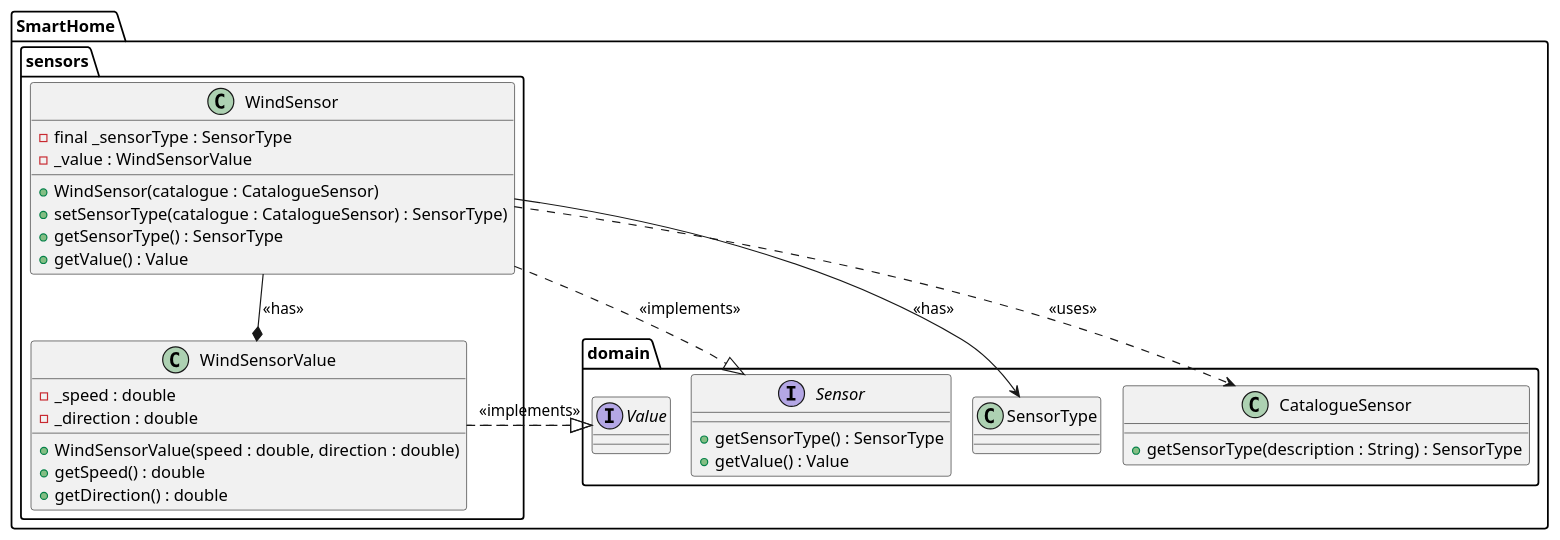
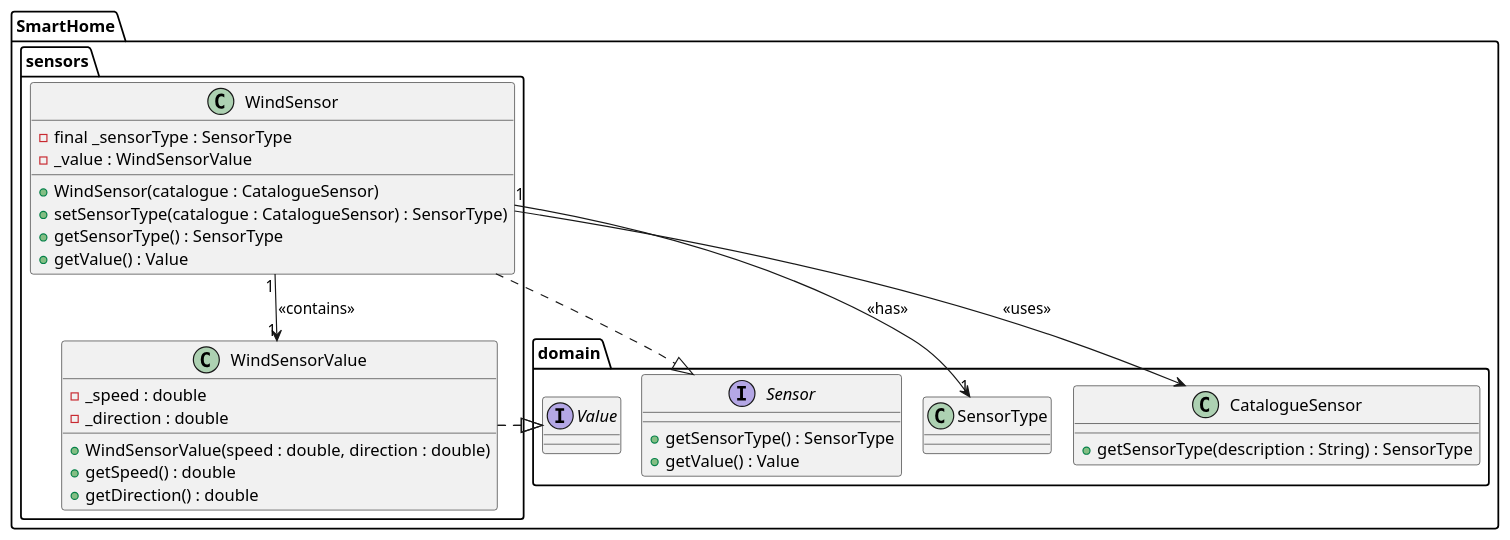
The diagram in docs/userStories/us019/01.requirements-engineering/diagrams/classDiagram.puml (olivDiogo/SmartHome), drawn with PlantUML before and after one commit. The commit also changed 4 other files, not shown here.

Commit message:
fix to US19 class diagram

```diff
--- a/docs/userStories/us019/01.requirements-engineering/diagrams/classDiagram.puml
+++ b/docs/userStories/us019/01.requirements-engineering/diagrams/classDiagram.puml
@@ -1,50 +1,51 @@
 @startuml
 
 !pragma layout smetana
 
 package SmartHome.sensors {
 
     class WindSensor {
         - final _sensorType : SensorType
         - _value : WindSensorValue
         + WindSensor(catalogue : CatalogueSensor)
         + setSensorType(catalogue : CatalogueSensor) : SensorType)
         + getSensorType() : SensorType
         + getValue() : Value
     }
 
     class WindSensorValue implements SmartHome.domain.Value {
         - _speed : double
         - _direction : double
         + WindSensorValue(speed : double, direction : double)
         + getSpeed() : double
         + getDirection() : double
     }
 
 }
 
 package SmartHome.domain {
 
     interface Sensor {
         + getSensorType() : SensorType
         + getValue() : Value
     }
 
     class SensorType {
     }
 
     interface Value {
     }
 
     class CatalogueSensor {
         + getSensorType(description : String) : SensorType
     }
 }
 
-SmartHome.sensors.WindSensor ..|> SmartHome.domain.Sensor : <<implements>>
-SmartHome.sensors.WindSensor --> SmartHome.domain.SensorType : <<has>>
-SmartHome.sensors.WindSensor --* SmartHome.sensors.WindSensorValue : <<has>>
-SmartHome.sensors.WindSensor ..> SmartHome.domain.CatalogueSensor : <<uses>>
-SmartHome.sensors.WindSensorValue ..|> SmartHome.domain.Value : <<implements>>
+
+SmartHome.sensors.WindSensor ..|> SmartHome.domain.Sensor
+SmartHome.sensors.WindSensor "1" --> "1" SmartHome.domain.SensorType : <<has>>
+SmartHome.sensors.WindSensor "1" --> "1" SmartHome.sensors.WindSensorValue : <<contains>>
+SmartHome.sensors.WindSensor --> SmartHome.domain.CatalogueSensor : <<uses>>
+SmartHome.sensors.WindSensorValue ..|>  SmartHome.domain.Value
 
 @enduml
```
